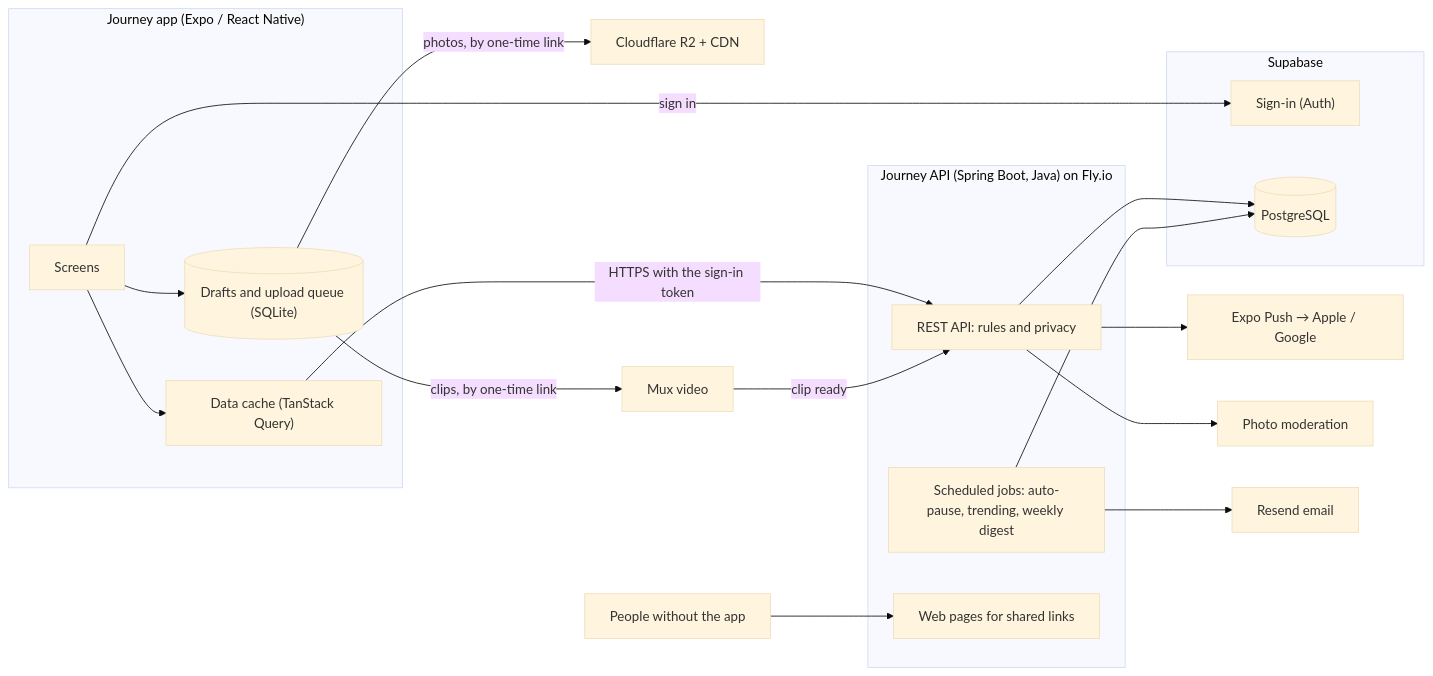
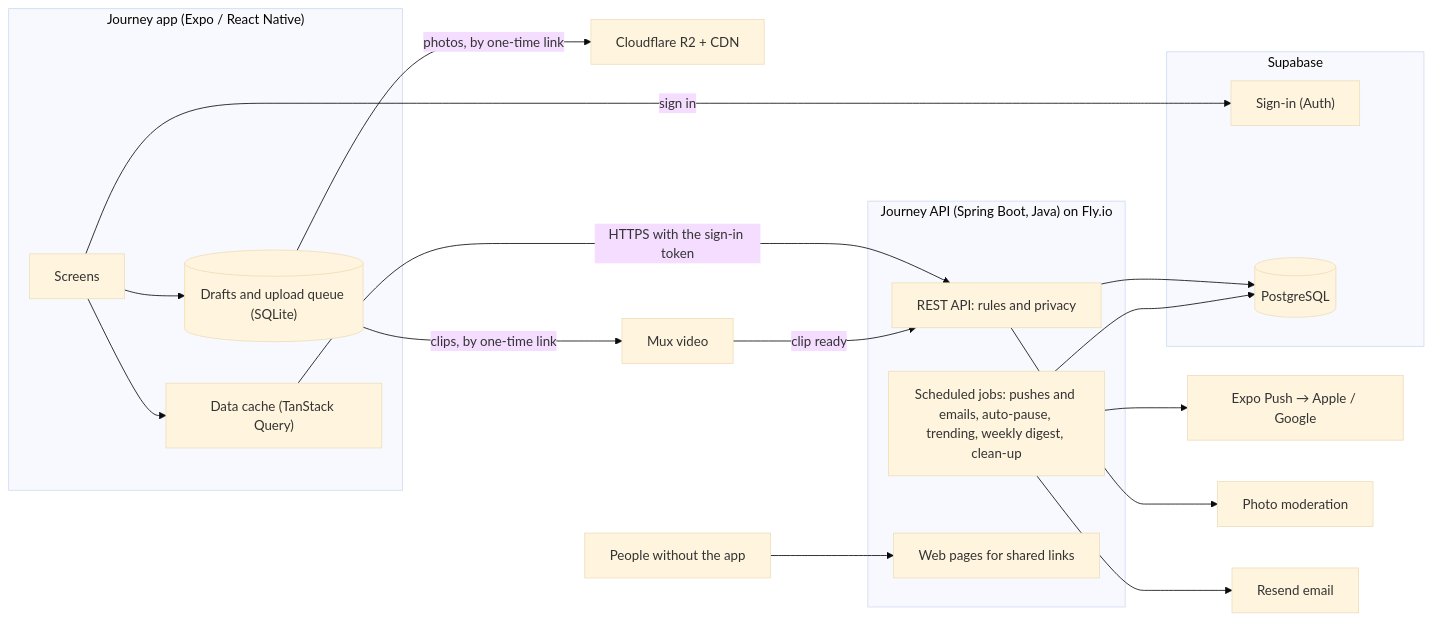
Before and after one commit to kadiripavan3/Journey: the diagram in docs/02-tech-stack.md, drawn with Mermaid (base theme). The commit also changed other lines of this file and 2 other files, not shown here.

````diff
--- a/docs/02-tech-stack.md
+++ b/docs/02-tech-stack.md
@@ -194,27 +198,27 @@
 ```mermaid
 flowchart LR
   subgraph Phone["Journey app (Expo / React Native)"]
     UI["Screens"] --> QC["Data cache (TanStack Query)"]
     UI --> DR[("Drafts and upload queue (SQLite)")]
   end
   subgraph Java["Journey API (Spring Boot, Java) on Fly.io"]
     API["REST API: rules and privacy"]
-    JOBS["Scheduled jobs: auto-pause, trending, weekly digest"]
+    JOBS["Scheduled jobs: pushes and emails, auto-pause, trending, weekly digest, clean-up"]
     WEB["Web pages for shared links"]
   end
   subgraph SB["Supabase"]
     AUTH["Sign-in (Auth)"]
     DB[("PostgreSQL")]
   end
   UI -- "sign in" --> AUTH
   QC -- "HTTPS with the sign-in token" --> API
   API --> DB
   JOBS --> DB
   DR -- "photos, by one-time link" --> R2["Cloudflare R2 + CDN"]
   DR -- "clips, by one-time link" --> MUX["Mux video"]
   MUX -- "clip ready" --> API
-  API --> PUSH["Expo Push → Apple / Google"]
+  JOBS --> PUSH["Expo Push → Apple / Google"]
   API --> MOD["Photo moderation"]
   JOBS --> MAIL["Resend email"]
   VIS["People without the app"] --> WEB
 ```
````
